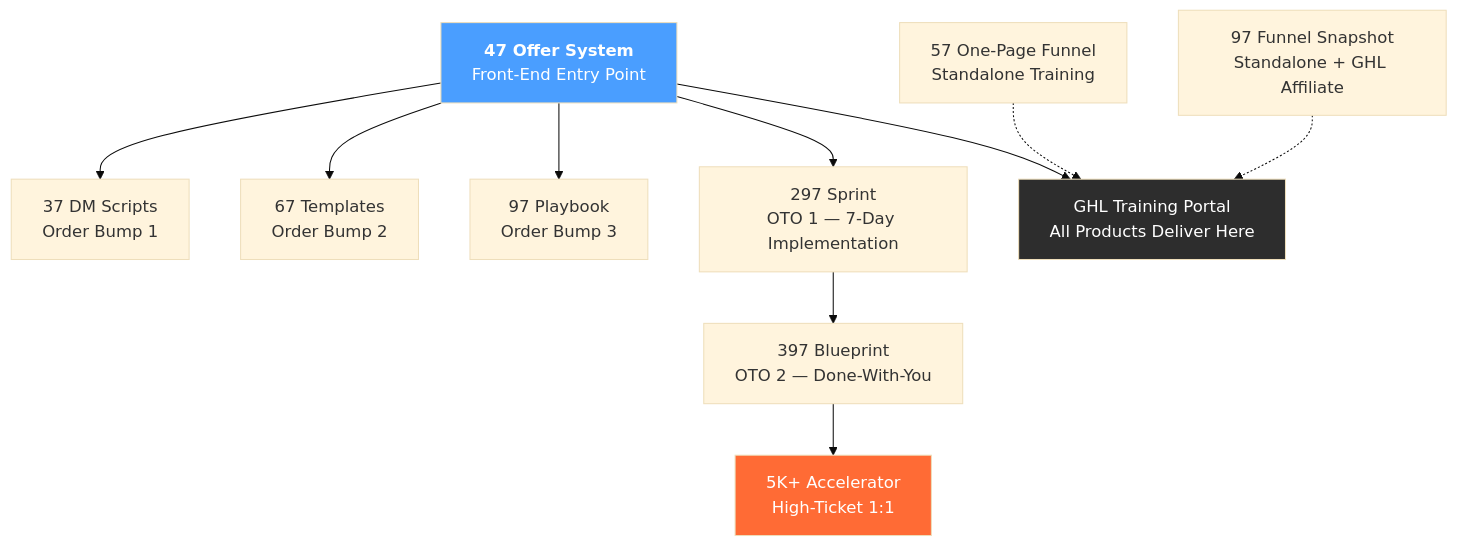
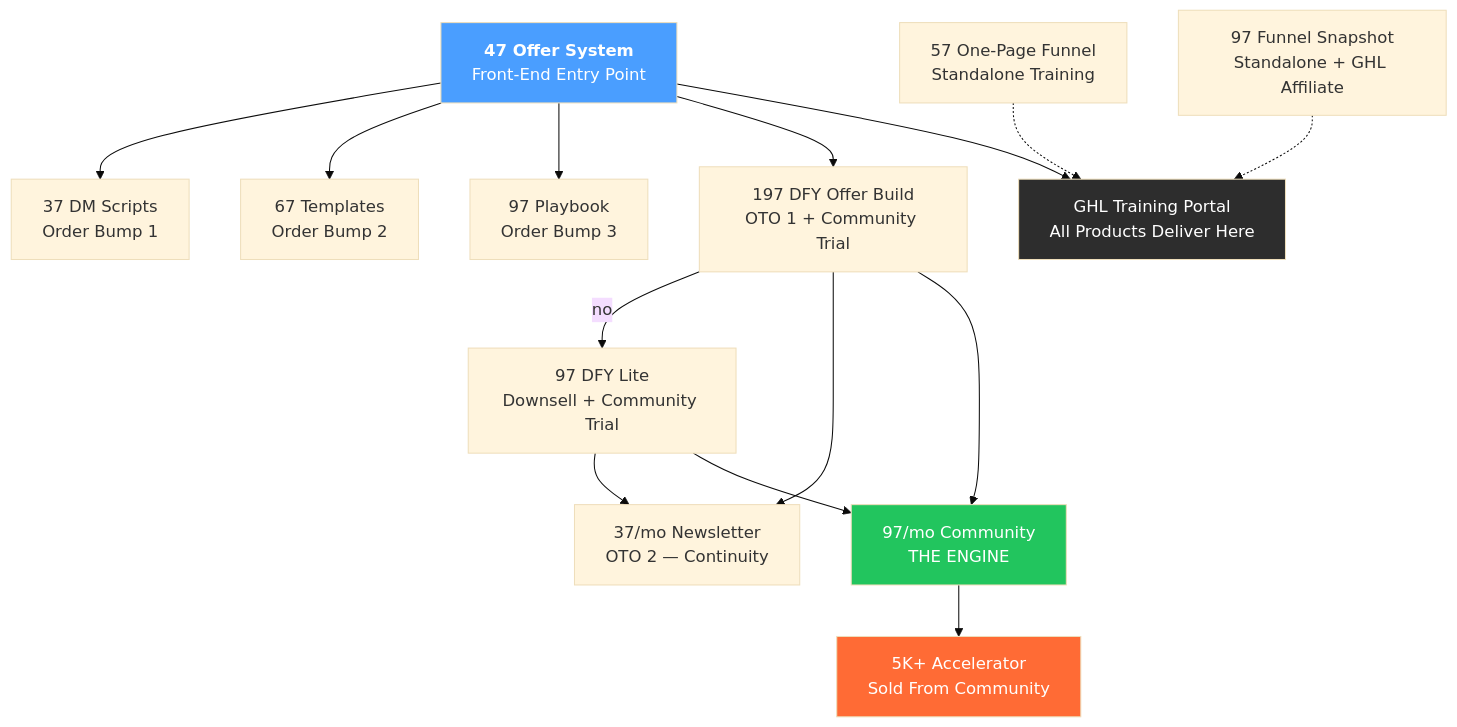
The diagram in reference/core/offer.md (mike-scott-darwin/client-ready), drawn with Mermaid (base theme) before and after one commit. The commit also changed other lines of this file and 6 other files, not shown here.

First line of the commit message:
[add] DFY upsell + community-first funnel restructure

````diff
--- a/reference/core/offer.md
+++ b/reference/core/offer.md
@@ -72,17 +72,22 @@
 ```mermaid
 graph TD
     FE["<b>47 Offer System</b><br/>Front-End Entry Point"] --> B1["37 DM Scripts<br/>Order Bump 1"]
     FE --> B2["67 Templates<br/>Order Bump 2"]
     FE --> B3["97 Playbook<br/>Order Bump 3"]
-    FE --> OTO1["297 Sprint<br/>OTO 1 — 7-Day Implementation"]
-    OTO1 --> OTO2["397 Blueprint<br/>OTO 2 — Done-With-You"]
-    OTO2 --> HT["5K+ Accelerator<br/>High-Ticket 1:1"]
-    
+    FE --> DFY["197 DFY Offer Build<br/>OTO 1 + Community Trial"]
+    DFY -->|no| DFYL["97 DFY Lite<br/>Downsell + Community Trial"]
+    DFY --> NL["37/mo Newsletter<br/>OTO 2 — Continuity"]
+    DFYL --> NL
+    DFY --> COM["97/mo Community<br/>THE ENGINE"]
+    DFYL --> COM
+    COM --> HT["5K+ Accelerator<br/>Sold From Community"]
+
     ST1["57 One-Page Funnel<br/>Standalone Training"] -.-> Portal
     ST2["97 Funnel Snapshot<br/>Standalone + GHL Affiliate"] -.-> Portal
     FE --> Portal["GHL Training Portal<br/>All Products Deliver Here"]
-    
+
     style FE fill:#4a9eff,color:#fff
+    style COM fill:#22c55e,color:#fff
     style HT fill:#ff6b35,color:#fff
     style Portal fill:#2d2d2d,color:#fff
 ```
````
